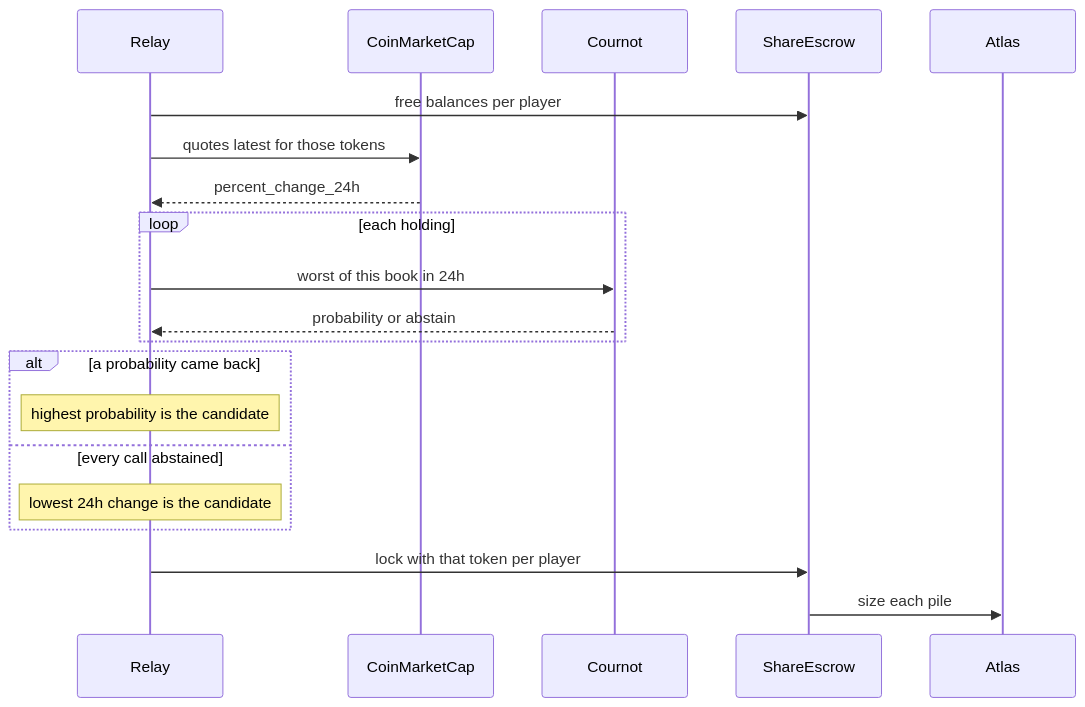
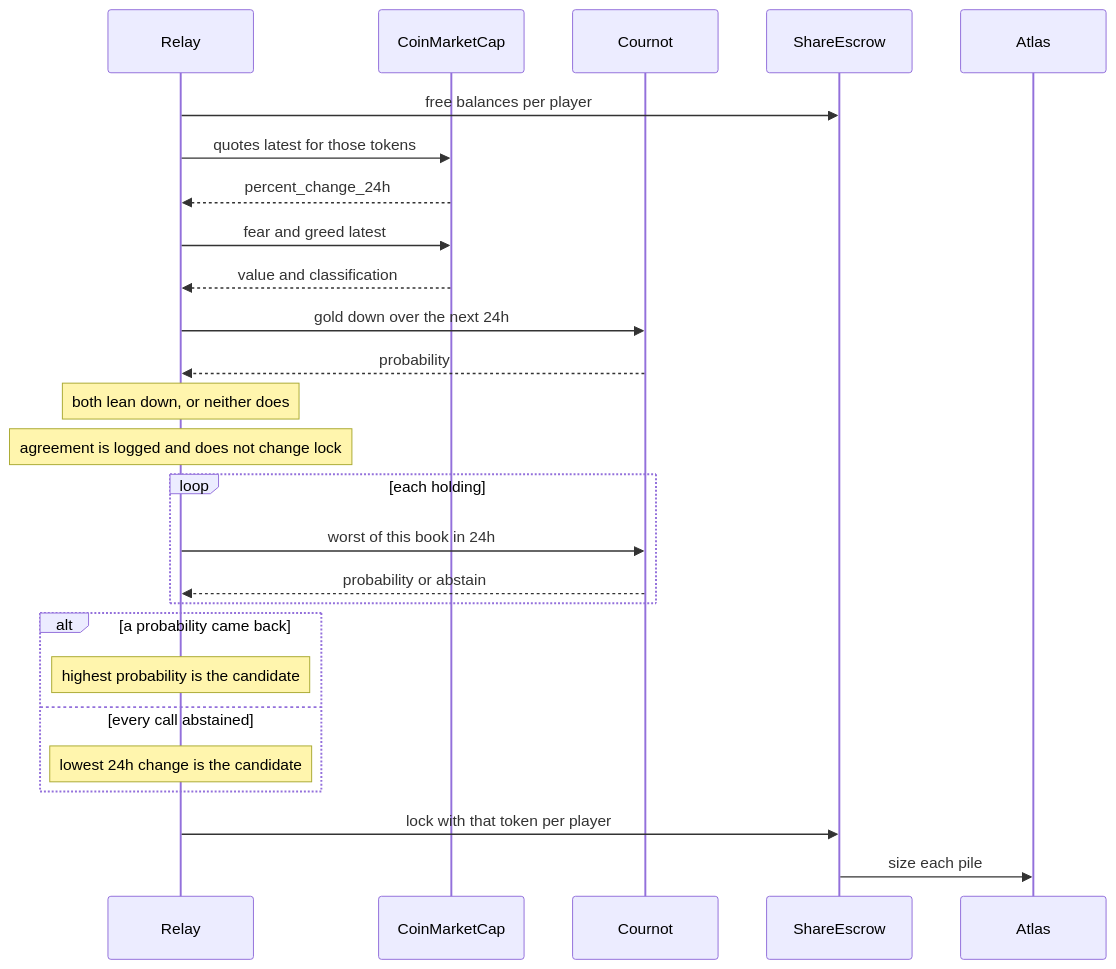
Before and after one commit to Vib-UX/connect: the second of 3 diagrams in README.md, drawn with Mermaid. The commit also changed other lines of this file and 12 other files, not shown here.

Commit message:
Let a share stake sit beside native BNB or USDT, and log Cournot against Fear and Greed.

````diff
--- a/README.md
+++ b/README.md
@@ -55,23 +55,29 @@
 ```mermaid
 sequenceDiagram
   participant Relay
   participant CMC as CoinMarketCap
   participant Cournot
   participant Escrow as ShareEscrow
   participant Atlas
 
   Relay->>Escrow: free balances per player
   Relay->>CMC: quotes latest for those tokens
   CMC-->>Relay: percent_change_24h
+  Relay->>CMC: fear and greed latest
+  CMC-->>Relay: value and classification
+  Relay->>Cournot: gold down over the next 24h
+  Cournot-->>Relay: probability
+  Note over Relay: both lean down, or neither does
+  Note over Relay: agreement is logged and does not change lock
   loop each holding
     Relay->>Cournot: worst of this book in 24h
     Cournot-->>Relay: probability or abstain
   end
   alt a probability came back
     Note over Relay: highest probability is the candidate
   else every call abstained
     Note over Relay: lowest 24h change is the candidate
   end
   Relay->>Escrow: lock with that token per player
   Escrow->>Atlas: size each pile
 ```
````
